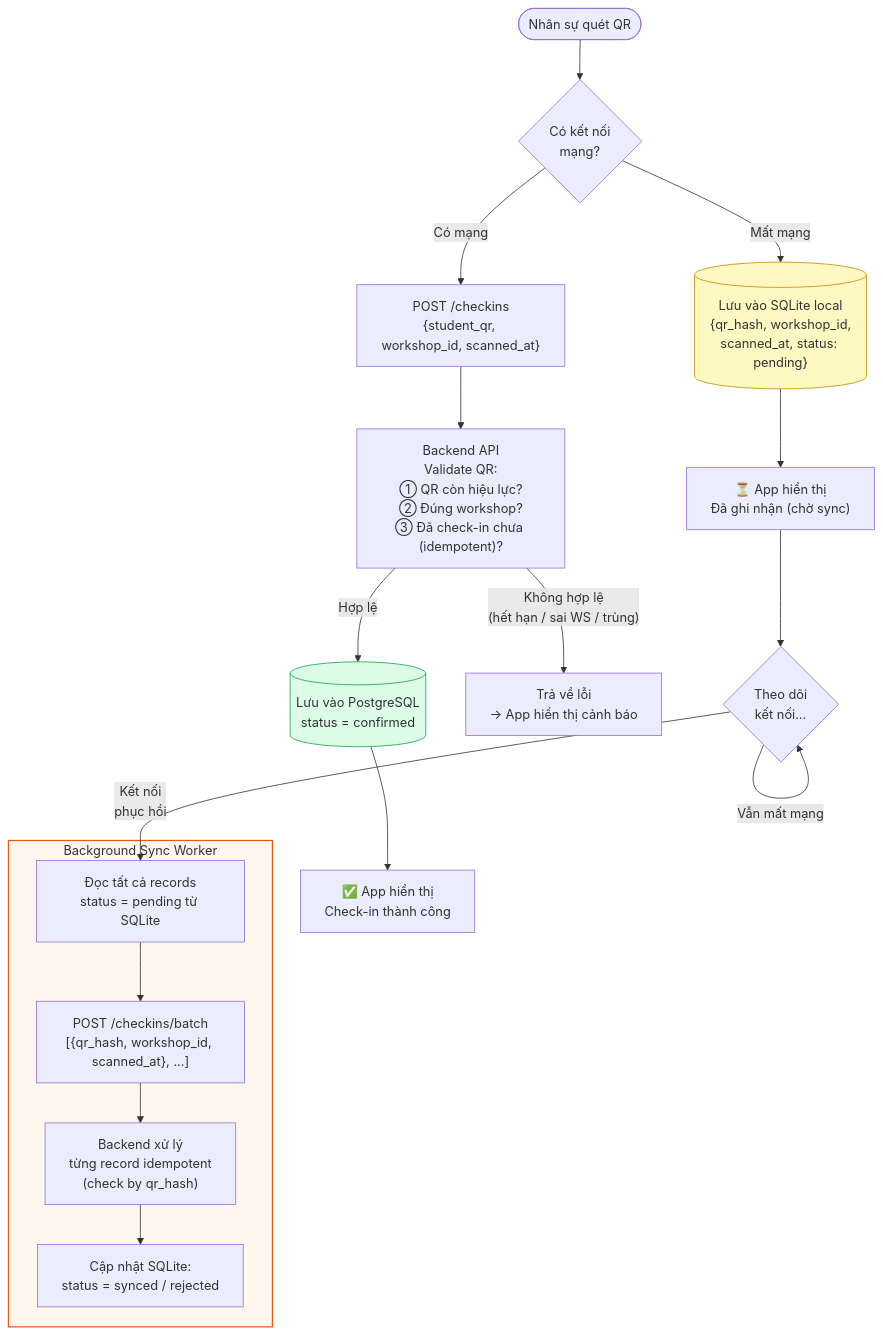
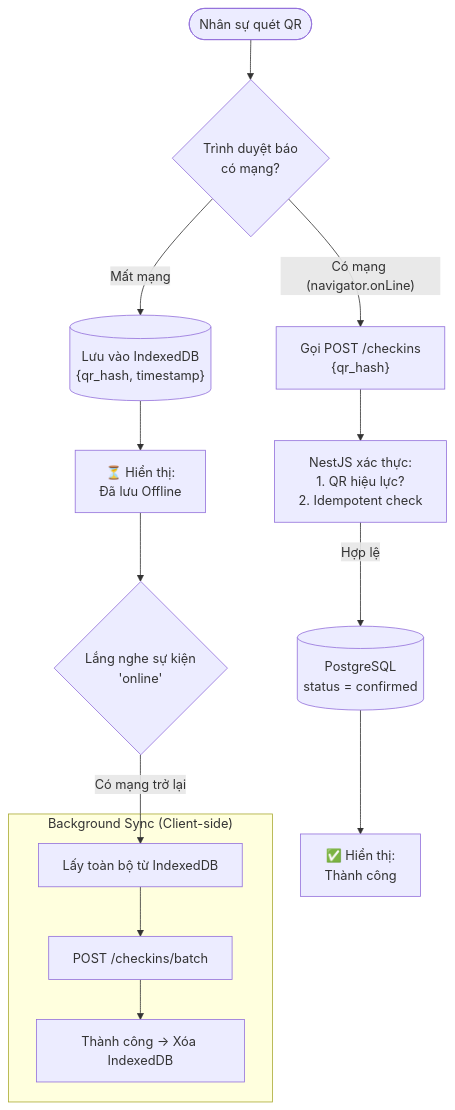
The fifth of 6 diagrams in blueprint/design.md (tqthienda1/UniHub), drawn with Mermaid before and after one commit. The commit also changed other lines of this file, not shown here.

````diff
--- a/blueprint/design.md
+++ b/blueprint/design.md
@@ -447,28 +343,21 @@
 ```mermaid
     flowchart TD
-        START([Nhân sự quét QR]) --> CHECK_NET{Có kết nối\nmạng?}
+        START([Nhân sự quét QR]) --> CHECK_NET{Trình duyệt báo\ncó mạng?}
 
-        CHECK_NET -- "Có mạng" --> POST_API["POST /checkins\n{student_qr, workshop_id, scanned_at}"]
-        POST_API --> VALIDATE["Backend API\nValidate QR:\n① QR còn hiệu lực?\n② Đúng workshop?\n③ Đã check-in chưa (idempotent)?"]
-        VALIDATE -- "Hợp lệ" --> SAVE_DB[("Lưu vào PostgreSQL\nstatus = confirmed")]
-        VALIDATE -- "Không hợp lệ\n(hết hạn / sai WS / trùng)" --> REJECT["Trả về lỗi\n→ App hiển thị cảnh báo"]
-        SAVE_DB --> SHOW_OK["✅ App hiển thị\nCheck-in thành công"]
+        CHECK_NET -- "Có mạng (navigator.onLine)" --> POST_API["Gọi POST /checkins\n{qr_hash}"]
+        POST_API --> VALIDATE["NestJS xác thực:\n1. QR hiệu lực?\n2. Idempotent check"]
+        VALIDATE -- "Hợp lệ" --> SAVE_DB[("PostgreSQL\nstatus = confirmed")]
+        SAVE_DB --> SHOW_OK["✅ Hiển thị:\nThành công"]
 
-        CHECK_NET -- "Mất mạng" --> SAVE_LOCAL[("Lưu vào SQLite local\n{qr_hash, workshop_id,\nscanned_at, status: pending}")]
-        SAVE_LOCAL --> SHOW_PENDING["⏳ App hiển thị\nĐã ghi nhận (chờ sync)"]
+        CHECK_NET -- "Mất mạng" --> SAVE_LOCAL[("Lưu vào IndexedDB\n{qr_hash, timestamp}")]
+        SAVE_LOCAL --> SHOW_PENDING["⏳ Hiển thị:\nĐã lưu Offline"]
 
-        SHOW_PENDING --> WATCH_NET{Theo dõi\nkết nối...}
-        WATCH_NET -- "Vẫn mất mạng" --> WATCH_NET
-        WATCH_NET -- "Kết nối\nphục hồi" --> SYNC_JOB
+        SHOW_PENDING --> WATCH_NET{Lắng nghe sự kiện\n'online'}
+        WATCH_NET -- "Có mạng trở lại" --> SYNC_JOB
 
-        subgraph SYNC["Background Sync Worker"]
-            SYNC_JOB["Đọc tất cả records\nstatus = pending từ SQLite"]
-            SYNC_JOB --> BATCH_POST["POST /checkins/batch\n[{qr_hash, workshop_id, scanned_at}, ...]"]
-            BATCH_POST --> PROCESS["Backend xử lý\ntừng record idempotent\n(check by qr_hash)"]
-            PROCESS --> UPDATE_LOCAL["Cập nhật SQLite:\nstatus = synced / rejected"]
+        subgraph SYNC["Background Sync (Client-side)"]
+            SYNC_JOB["Lấy toàn bộ từ IndexedDB"]
+            SYNC_JOB --> BATCH_POST["POST /checkins/batch"]
+            BATCH_POST --> CLEAR_LOCAL["Thành công -> Xóa IndexedDB"]
         end
-
-        style SYNC fill:#fff7ed,stroke:#ea580c,stroke-width:1.5px
-        style SAVE_LOCAL fill:#fef9c3,stroke:#ca8a04
-        style SAVE_DB fill:#dcfce7,stroke:#16a34a
 ```
````
